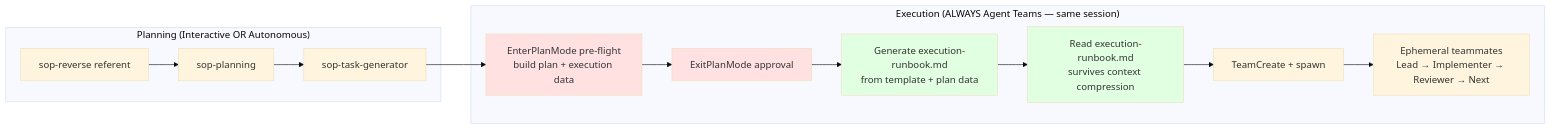
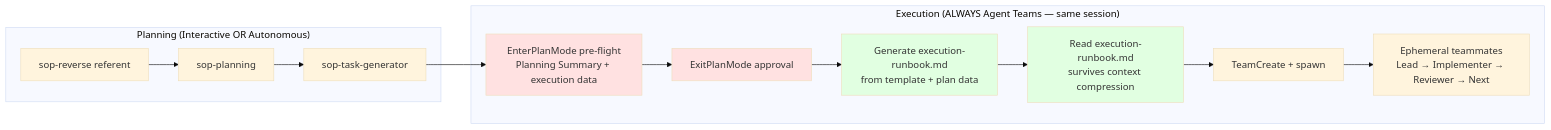
One commit to Dario-Arcos/ai-framework changed the diagram in skills/ralph-orchestrator/references/execution-paths.md. Above: the diagram before and after it, drawn with Mermaid (base theme). The commit also changed other lines of this file and 8 other files, not shown here.

````diff
--- a/skills/ralph-orchestrator/references/execution-paths.md
+++ b/skills/ralph-orchestrator/references/execution-paths.md
@@ -167,21 +169,21 @@
 ```mermaid
 graph LR
     subgraph "Planning (Interactive OR Autonomous)"
         A[sop-reverse referent] --> B[sop-planning]
         B --> C[sop-task-generator]
     end
 
     subgraph "Execution (ALWAYS Agent Teams — same session)"
-        C --> D[EnterPlanMode pre-flight<br/>build plan + execution data]
+        C --> D[EnterPlanMode pre-flight<br/>Planning Summary + execution data]
         D --> E[ExitPlanMode approval]
         E --> W[Generate execution-runbook.md<br/>from template + plan data]
         W --> R[Read execution-runbook.md<br/>survives context compression]
         R --> G[TeamCreate + spawn]
         G --> H[Ephemeral teammates<br/>Lead → Implementer → Reviewer → Next]
     end
 
     style D fill:#ffe1e1
     style E fill:#ffe1e1
     style W fill:#e1ffe1
     style R fill:#e1ffe1
 ```
````
